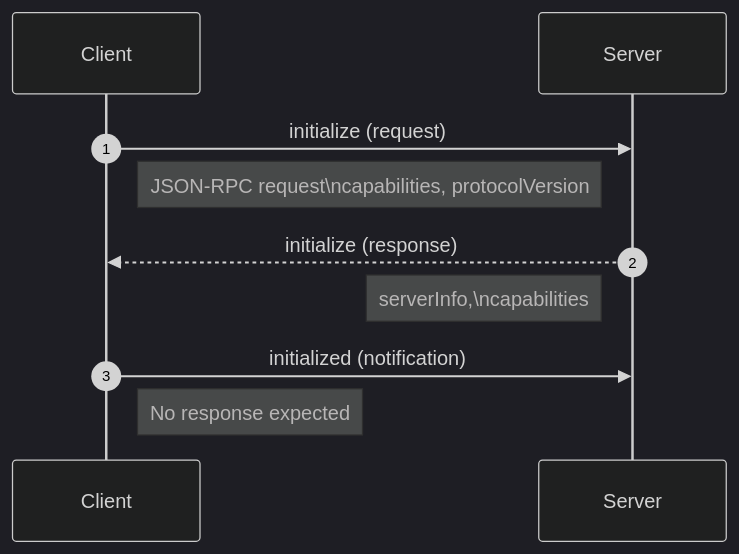
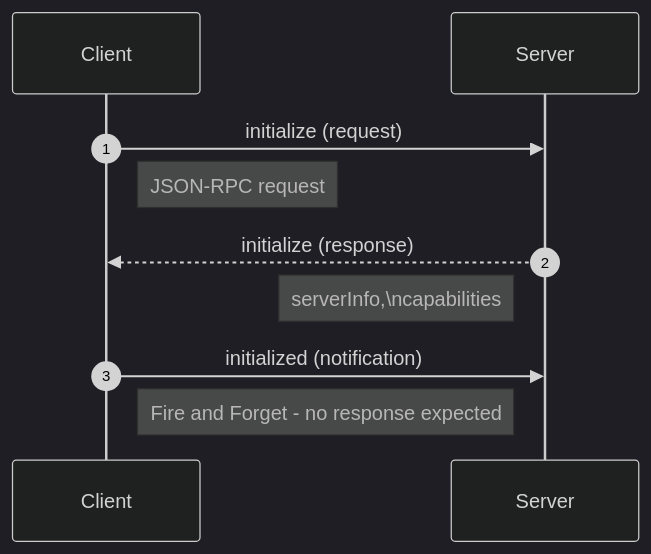
The diagram in content/english/blog/ai/mcp.md (welldesignedsystem/welldesignedsystem.github.io), drawn with Mermaid (dark theme) before and after one commit. The commit also changed other lines of this file, not shown here.

````diff
--- a/content/english/blog/ai/mcp.md
+++ b/content/english/blog/ai/mcp.md
@@ -28,15 +36,15 @@
 ```mermaid
 sequenceDiagram
     autonumber
     participant Client
     participant Server
 
     Client->>Server: initialize (request)
-    Note right of Client: JSON-RPC request\ncapabilities, protocolVersion
+    Note right of Client: JSON-RPC request
 
     Server-->>Client: initialize (response)
     Note left of Server: serverInfo,\ncapabilities
 
     Client->>Server: initialized (notification)
-    Note right of Client: No response expected
+    Note right of Client: Fire and Forget - no response expected
 ```
````
